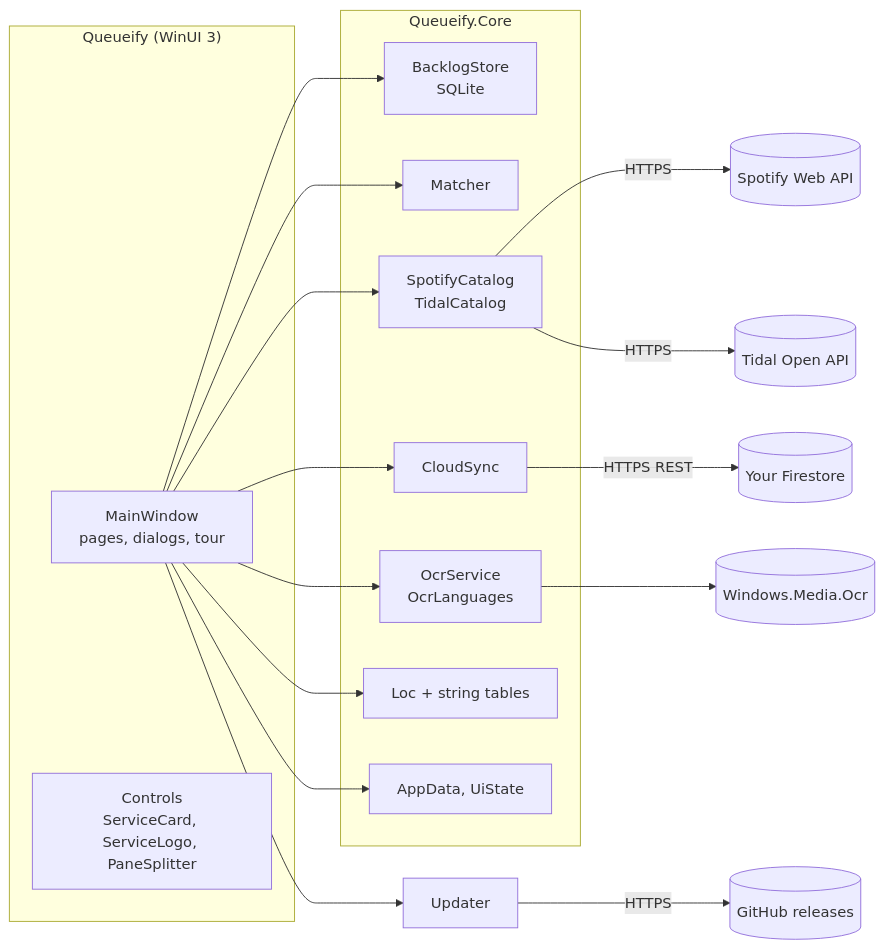
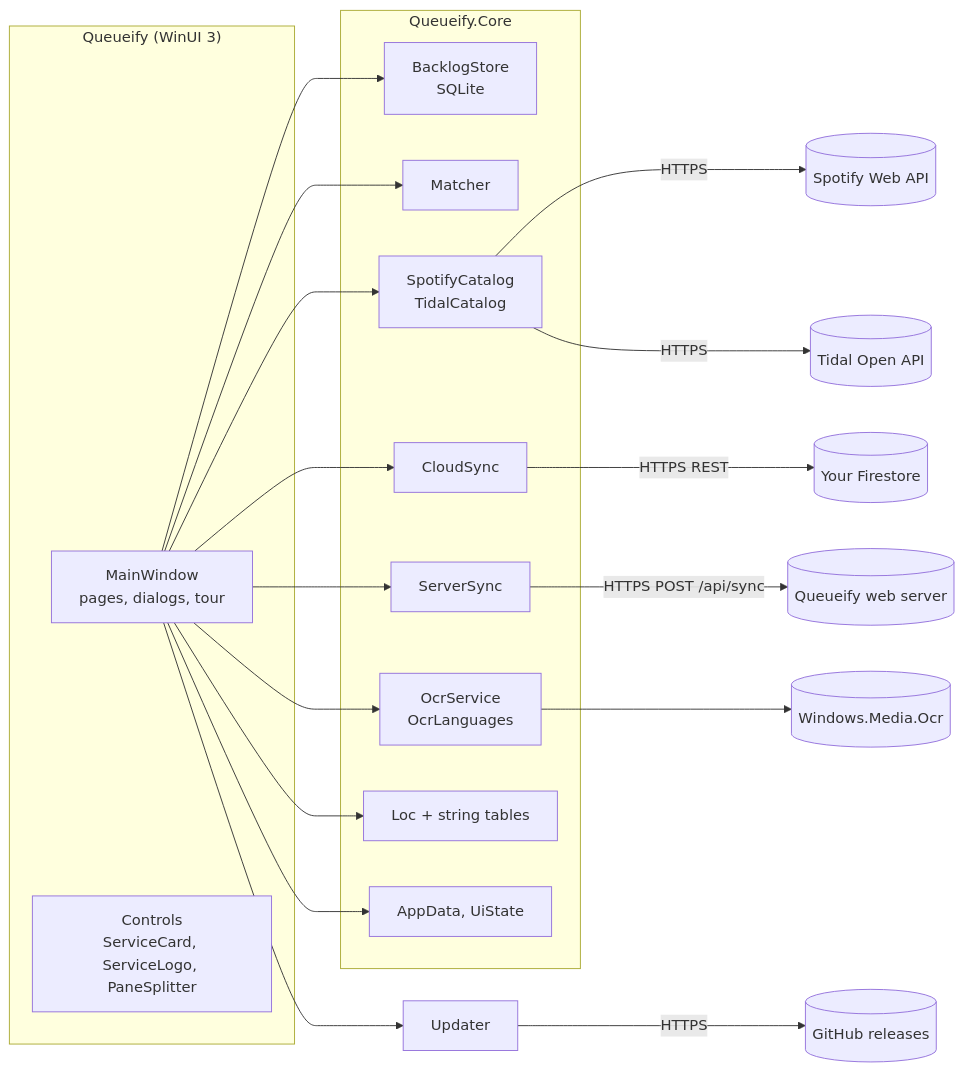
The diagram in docs/ARCHITECTURE.md (PAumedes/Queueify), drawn with Mermaid before and after one commit. The commit also changed other lines of this file and 14 other files, not shown here.

First line of the commit message:
feat(sync): desktop client for the Queueify web server

````diff
--- a/docs/ARCHITECTURE.md
+++ b/docs/ARCHITECTURE.md
@@ -7,21 +7,23 @@
 ```mermaid
 flowchart LR
     subgraph App["Queueify (WinUI 3)"]
         MW[MainWindow<br/>pages, dialogs, tour]
         C[Controls<br/>ServiceCard, ServiceLogo, PaneSplitter]
     end
     subgraph Core["Queueify.Core"]
         S[BacklogStore<br/>SQLite]
         M[Matcher]
         CAT[SpotifyCatalog<br/>TidalCatalog]
         CS[CloudSync]
+        WS[ServerSync]
         O[OcrService<br/>OcrLanguages]
         L[Loc + string tables]
         ST[AppData, UiState]
     end
-    MW --> S & M & CAT & CS & O & L & ST
+    MW --> S & M & CAT & CS & WS & O & L & ST
     CAT -->|HTTPS| SP[(Spotify Web API)] & TI[(Tidal Open API)]
     CS -->|HTTPS REST| FS[(Your Firestore)]
+    WS -->|HTTPS POST /api/sync| WEB[(Queueify web server)]
     MW --> U[Updater] -->|HTTPS| GH[(GitHub releases)]
     O --> WOCR[(Windows.Media.Ocr)]
 ```
````
